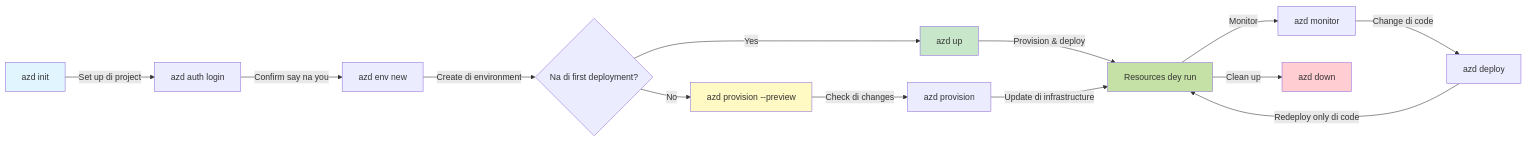
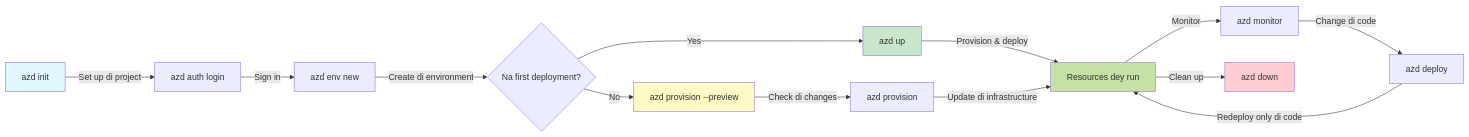
The first of 2 diagrams in translations/pcm/docs/chapter-01-foundation/azd-basics.md (microsoft/AZD-for-beginners), drawn with Mermaid before and after one commit. The commit also changed other lines of this file and 104 other files, not shown here.

````diff
--- a/translations/pcm/docs/chapter-01-foundation/azd-basics.md
+++ b/translations/pcm/docs/chapter-01-foundation/azd-basics.md
@@ -269,21 +269,21 @@
 ```mermaid
 graph LR
     A[azd init] -->|Set up di project| B[azd auth login]
-    B -->|Confirm say na you| C[azd env new]
-    C -->|Create di environment| D{Na di first deployment?}
+    B -->|Sign in| C[azd env new]
+    C -->|Create di environment| D{Na first deployment?}
     D -->|Yes| E[azd up]
     D -->|No| F[azd provision --preview]
     F -->|Check di changes| G[azd provision]
     E -->|Provision & deploy| H[Resources dey run]
     G -->|Update di infrastructure| H
     H -->|Monitor| I[azd monitor]
     I -->|Change di code| J[azd deploy]
     J -->|Redeploy only di code| H
     H -->|Clean up| K[azd down]
     
     style A fill:#e1f5fe
     style E fill:#c8e6c9
     style F fill:#fff9c4
     style H fill:#c5e1a5
     style K fill:#ffcdd2
 ```
````
